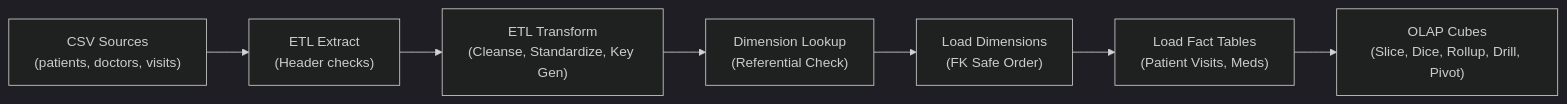
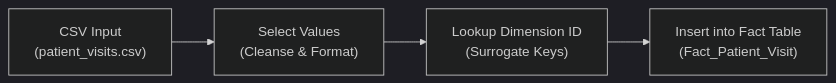
One commit to VSK-777/DM-Lab-Experiment-1 changed the diagram in README.md. Above: the diagram before and after it, drawn with Mermaid (dark theme). The commit also changed other lines of this file and 21 other files, not shown here.

````diff
--- a/README.md
+++ b/README.md
@@ -65,9 +120,6 @@
 ```mermaid
 flowchart LR
-    A["CSV Sources<br/>(patients, doctors, visits)"] --> B["ETL Extract<br/>(Header checks)"]
-    B --> C["ETL Transform<br/>(Cleanse, Standardize, Key Gen)"]
-    C --> D["Dimension Lookup<br/>(Referential Check)"]
-    D --> E["Load Dimensions<br/>(FK Safe Order)"]
-    E --> F["Load Fact Tables<br/>(Patient Visits, Meds)"]
-    F --> G["OLAP Cubes<br/>(Slice, Dice, Rollup, Drill, Pivot)"]
+    A["CSV Input<br/>(patient_visits.csv)"] --> B["Select Values<br/>(Cleanse & Format)"]
+    B --> C["Lookup Dimension ID<br/>(Surrogate Keys)"]
+    C --> D["Insert into Fact Table<br/>(Fact_Patient_Visit)"]
 ```
````
